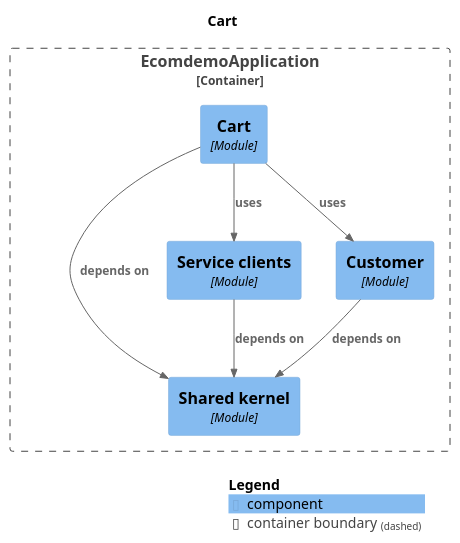
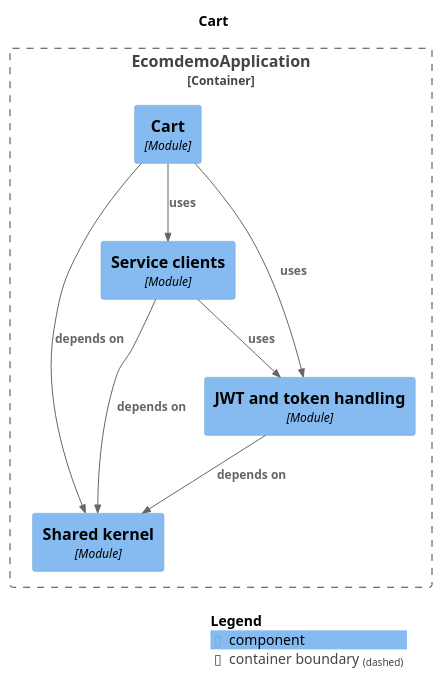
The diagram in docs/modules/module-cart.puml (mr-sujay-patil/ecomdemo), drawn with PlantUML before and after one commit. The commit also changed 96 other files, not shown here.

```diff
--- a/docs/modules/module-cart.puml
+++ b/docs/modules/module-cart.puml
@@ -1,25 +1,26 @@
 @startuml
 set separator none
 title Cart
 
 top to bottom direction
 
 !include <C4/C4>
 !include <C4/C4_Context>
 !include <C4/C4_Component>
 
 Container_Boundary("EcomdemoApplication.EcomdemoApplication_boundary", "EcomdemoApplication", $tags="") {
   Component(EcomdemoApplication.EcomdemoApplication.Cart, "Cart", $techn="Module", $descr="", $tags="", $link="")
   Component(EcomdemoApplication.EcomdemoApplication.Sharedkernel, "Shared kernel", $techn="Module", $descr="", $tags="", $link="")
+  Component(EcomdemoApplication.EcomdemoApplication.JWTandtokenhandling, "JWT and token handling", $techn="Module", $descr="", $tags="", $link="")
   Component(EcomdemoApplication.EcomdemoApplication.Serviceclients, "Service clients", $techn="Module", $descr="", $tags="", $link="")
-  Component(EcomdemoApplication.EcomdemoApplication.Customer, "Customer", $techn="Module", $descr="", $tags="", $link="")
 }
 
-Rel(EcomdemoApplication.EcomdemoApplication.Cart, EcomdemoApplication.EcomdemoApplication.Customer, "uses", $techn="", $tags="", $link="")
+Rel(EcomdemoApplication.EcomdemoApplication.Cart, EcomdemoApplication.EcomdemoApplication.JWTandtokenhandling, "uses", $techn="", $tags="", $link="")
 Rel(EcomdemoApplication.EcomdemoApplication.Cart, EcomdemoApplication.EcomdemoApplication.Serviceclients, "uses", $techn="", $tags="", $link="")
 Rel(EcomdemoApplication.EcomdemoApplication.Cart, EcomdemoApplication.EcomdemoApplication.Sharedkernel, "depends on", $techn="", $tags="", $link="")
-Rel(EcomdemoApplication.EcomdemoApplication.Customer, EcomdemoApplication.EcomdemoApplication.Sharedkernel, "depends on", $techn="", $tags="", $link="")
+Rel(EcomdemoApplication.EcomdemoApplication.JWTandtokenhandling, EcomdemoApplication.EcomdemoApplication.Sharedkernel, "depends on", $techn="", $tags="", $link="")
+Rel(EcomdemoApplication.EcomdemoApplication.Serviceclients, EcomdemoApplication.EcomdemoApplication.JWTandtokenhandling, "uses", $techn="", $tags="", $link="")
 Rel(EcomdemoApplication.EcomdemoApplication.Serviceclients, EcomdemoApplication.EcomdemoApplication.Sharedkernel, "depends on", $techn="", $tags="", $link="")
 
 SHOW_LEGEND(true)
 @enduml
```
